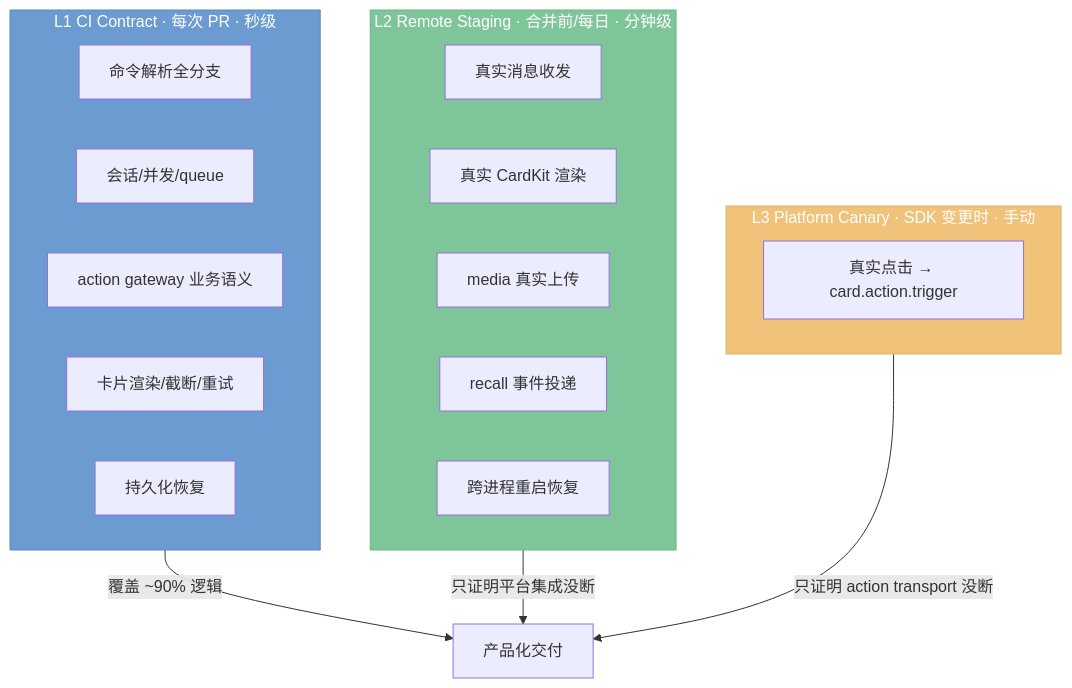
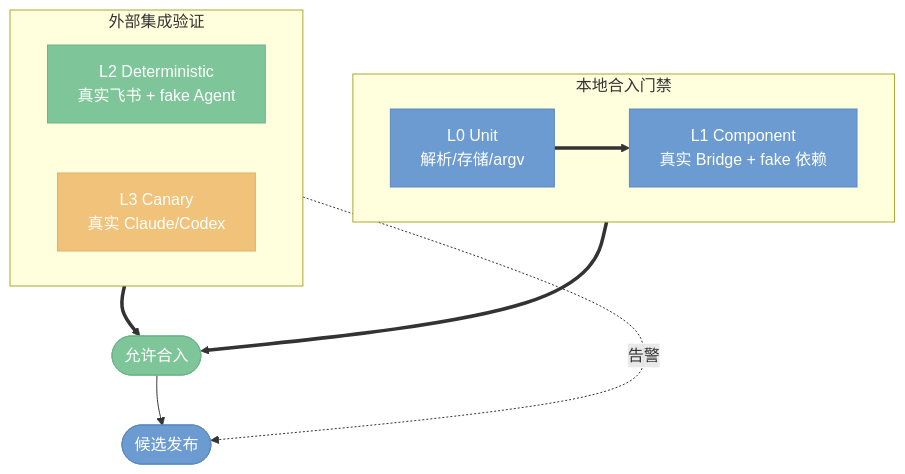
The diagram in docs/workflow/e2e-coverage-matrix.md (ZiYang-oyxy/lark-ai-agent-bridge), drawn with Mermaid before and after one commit. The commit also changed other lines of this file and 3 other files, not shown here.

````diff
--- a/docs/workflow/e2e-coverage-matrix.md
+++ b/docs/workflow/e2e-coverage-matrix.md
@@ -9,30 +9,22 @@
 ```mermaid
 flowchart TD
-    subgraph L1["L1 CI Contract · 每次 PR · 秒级"]
-        A1[命令解析全分支]
-        A2[会话/并发/queue]
-        A3[action gateway 业务语义]
-        A4[卡片渲染/截断/重试]
-        A5[持久化恢复]
+    subgraph Local["本地合入门禁"]
+        direction LR
+        L0["L0 Unit<br/>解析/存储/argv"]:::primary
+        L1["L1 Component<br/>真实 Bridge + fake 依赖"]:::primary
+        L0 ==> L1
     end
-    subgraph L2["L2 Remote Staging · 合并前/每日 · 分钟级"]
-        B1[真实消息收发]
-        B2[真实 CardKit 渲染]
-        B3[media 真实上传]
-        B4[recall 事件投递]
-        B5[跨进程重启恢复]
+    subgraph External["外部集成验证"]
+        direction LR
+        L2["L2 Deterministic<br/>真实飞书 + fake Agent"]:::success
+        L3["L3 Canary<br/>真实 Claude/Codex"]:::warning
     end
-    subgraph L3["L3 Platform Canary · SDK 变更时 · 手动"]
-        C1[真实点击 → card.action.trigger]
-    end
-    L1 -->|覆盖 ~90% 逻辑| DONE[产品化交付]
-    L2 -->|只证明平台集成没断| DONE
-    L3 -->|只证明 action transport 没断| DONE
+    L1 ==> MERGE([允许合入]):::success
+    L2 ==> MERGE
+    MERGE --> RELEASE([候选发布]):::primary
+    L3 -. 告警 .-> RELEASE
 
     classDef primary fill:#6C9BD2,stroke:#5B8AC1,color:#fff
     classDef success fill:#7EC699,stroke:#6DB588,color:#fff
     classDef warning fill:#F0C27A,stroke:#DFB169,color:#fff
-    class L1 primary
-    class L2 success
-    class L3 warning
 ```
````
